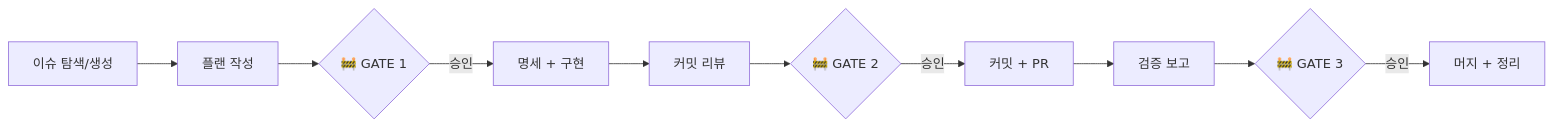
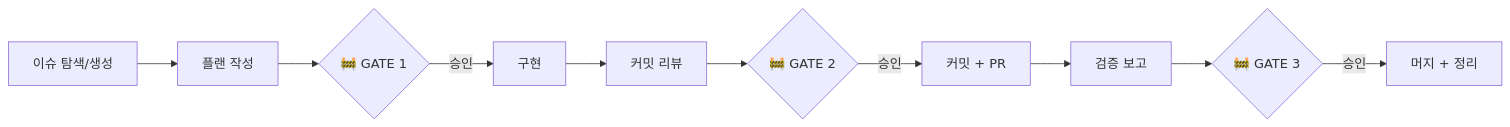
One commit to idean3885/claude-ops-agent changed the second of 2 diagrams in .claude/README.md. Above: the diagram before and after it, drawn with Mermaid. The commit also changed other lines of this file and 2 other files, not shown here.

Commit message:
refactor: 플러그인 배포 범위에서 post 스킬 제거
post 스킬은 블로그 레포 전용 보조 도구로, 범용 DevEx 플러그인의
배포 대상이 아니다. setup.sh와 README에서 참조를 제거하고
스킬 파일을 삭제한다.

- setup.sh: SKILLS 목록 및 안내 문구에서 post 제거
- README.md: 개발 사이클 테이블, 디렉토리 구조에서 post 제거
- README.md: cycle 다이어그램 "명세 + 구현" → "구현" 동기화
- CLAUDE.md: "스킬 파일 9개" 체크리스트가 이제 정합

````diff
--- a/.claude/README.md
+++ b/.claude/README.md
@@ -102,12 +101,12 @@
 ```mermaid
 graph LR
     A["이슈 탐색/생성"] --> B["플랜 작성"]
     B --> G1{"🚧 GATE 1"}
-    G1 -->|승인| C["명세 + 구현"]
+    G1 -->|승인| C["구현"]
     C --> D["커밋 리뷰"]
     D --> G2{"🚧 GATE 2"}
     G2 -->|승인| E["커밋 + PR"]
     E --> F["검증 보고"]
     F --> G3{"🚧 GATE 3"}
     G3 -->|승인| H["머지 + 정리"]
 ```
````
